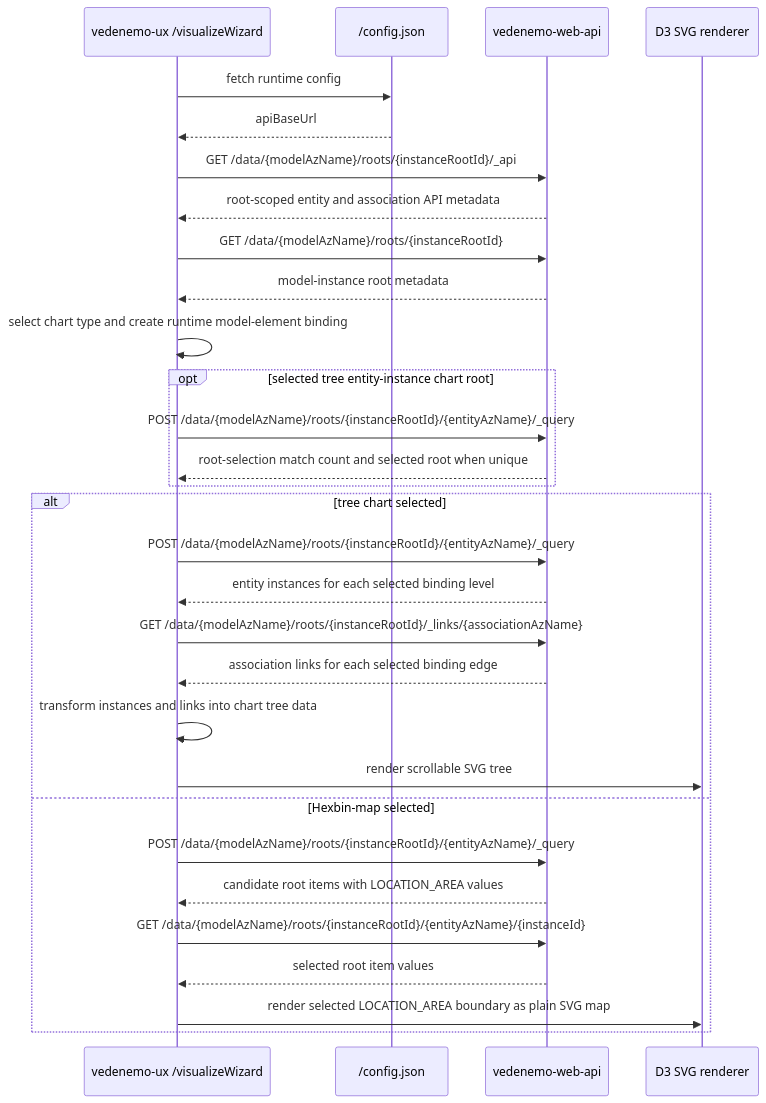
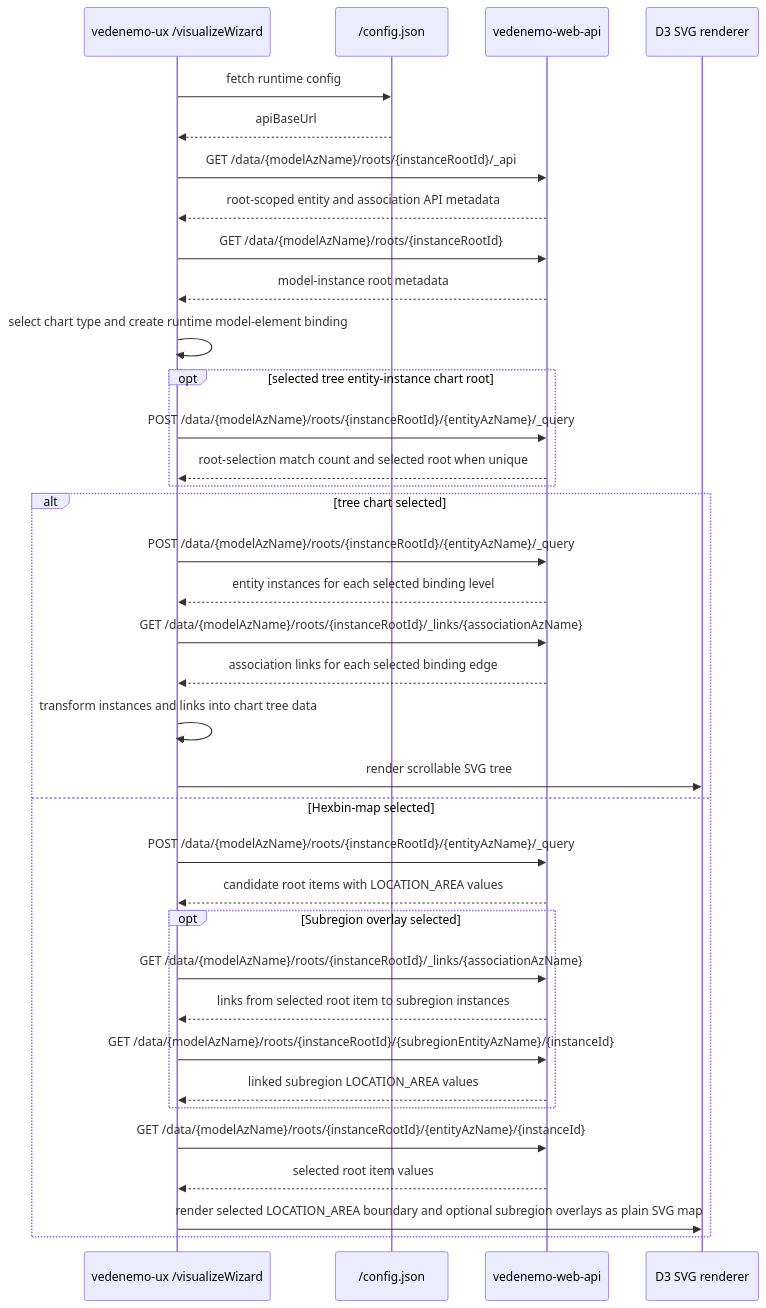
Before and after one commit to VedenemoDev/VedenemoMonorepo: the tenth of 12 diagrams in docs/architecture_doc.md, drawn with Mermaid. The commit also changed other lines of this file and 7 other files, not shown here.

````diff
--- a/docs/architecture_doc.md
+++ b/docs/architecture_doc.md
@@ -995,33 +997,39 @@
 ```mermaid
 sequenceDiagram
     participant UX as vedenemo-ux /visualizeWizard
     participant Config as /config.json
     participant API as vedenemo-web-api
     participant D3 as D3 SVG renderer
 
     UX->>Config: fetch runtime config
     Config-->>UX: apiBaseUrl
     UX->>API: GET /data/{modelAzName}/roots/{instanceRootId}/_api
     API-->>UX: root-scoped entity and association API metadata
     UX->>API: GET /data/{modelAzName}/roots/{instanceRootId}
     API-->>UX: model-instance root metadata
     UX->>UX: select chart type and create runtime model-element binding
     opt selected tree entity-instance chart root
         UX->>API: POST /data/{modelAzName}/roots/{instanceRootId}/{entityAzName}/_query
         API-->>UX: root-selection match count and selected root when unique
     end
     alt tree chart selected
         UX->>API: POST /data/{modelAzName}/roots/{instanceRootId}/{entityAzName}/_query
         API-->>UX: entity instances for each selected binding level
         UX->>API: GET /data/{modelAzName}/roots/{instanceRootId}/_links/{associationAzName}
         API-->>UX: association links for each selected binding edge
         UX->>UX: transform instances and links into chart tree data
         UX->>D3: render scrollable SVG tree
     else Hexbin-map selected
         UX->>API: POST /data/{modelAzName}/roots/{instanceRootId}/{entityAzName}/_query
         API-->>UX: candidate root items with LOCATION_AREA values
+        opt Subregion overlay selected
+            UX->>API: GET /data/{modelAzName}/roots/{instanceRootId}/_links/{associationAzName}
+            API-->>UX: links from selected root item to subregion instances
+            UX->>API: GET /data/{modelAzName}/roots/{instanceRootId}/{subregionEntityAzName}/{instanceId}
+            API-->>UX: linked subregion LOCATION_AREA values
+        end
         UX->>API: GET /data/{modelAzName}/roots/{instanceRootId}/{entityAzName}/{instanceId}
         API-->>UX: selected root item values
-        UX->>D3: render selected LOCATION_AREA boundary as plain SVG map
+        UX->>D3: render selected LOCATION_AREA boundary and optional subregion overlays as plain SVG map
     end
 ```
````
